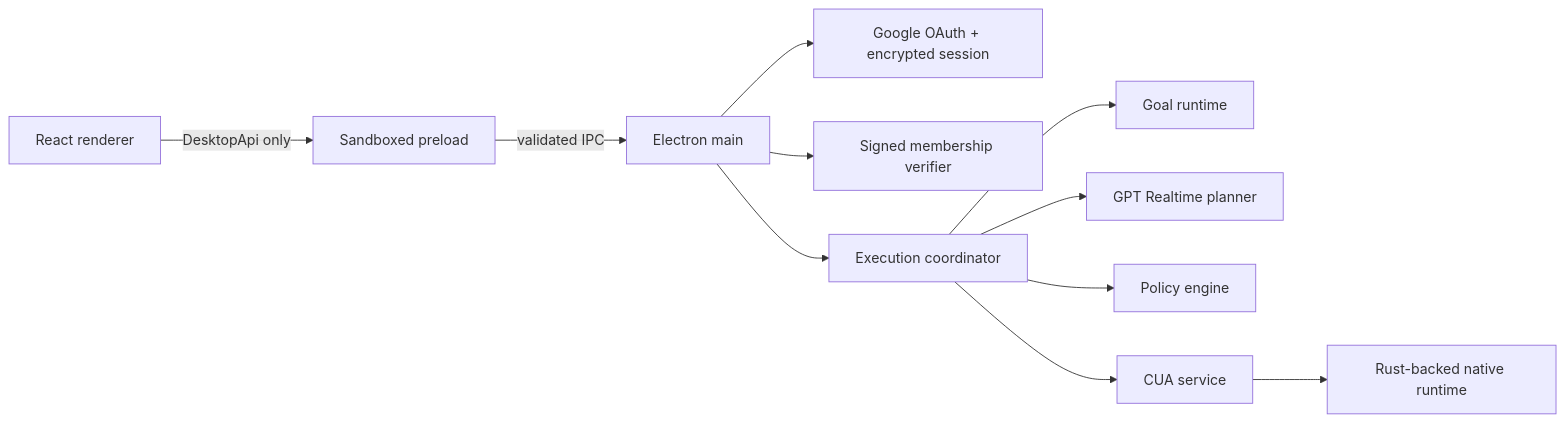
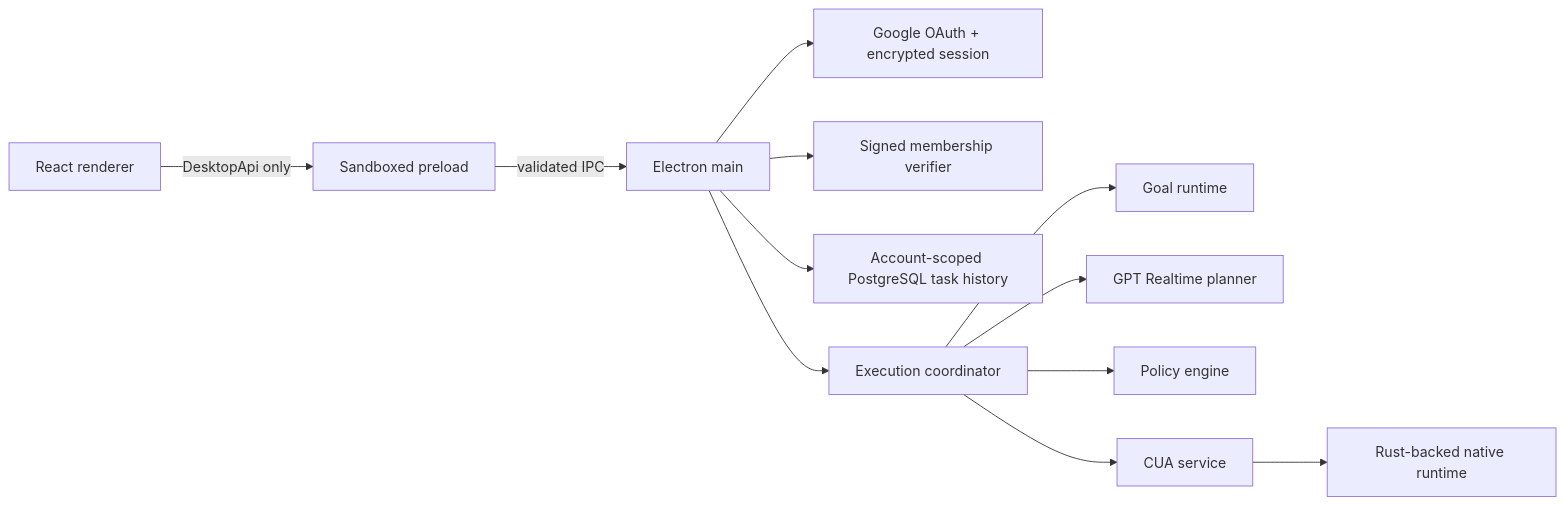
Before and after one commit to ducnguyen67201/TroCode: the diagram in docs/architecture.md, drawn with Mermaid. The commit also changed other lines of this file and 48 other files, not shown here.

````diff
--- a/docs/architecture.md
+++ b/docs/architecture.md
@@ -13,13 +13,14 @@
 ```mermaid
 flowchart LR
     UI["React renderer"] -->|"DesktopApi only"| PRELOAD["Sandboxed preload"]
     PRELOAD -->|"validated IPC"| MAIN["Electron main"]
     MAIN --> AUTH["Google OAuth + encrypted session"]
     MAIN --> MEMBERSHIP["Signed membership verifier"]
+    MAIN --> HISTORY["Account-scoped PostgreSQL task history"]
     MAIN --> COORD["Execution coordinator"]
     COORD --> GOAL["Goal runtime"]
     COORD --> RT["GPT Realtime planner"]
     COORD --> POLICY["Policy engine"]
     COORD --> CUA["CUA service"]
     CUA --> NATIVE["Rust-backed native runtime"]
 ```
````
